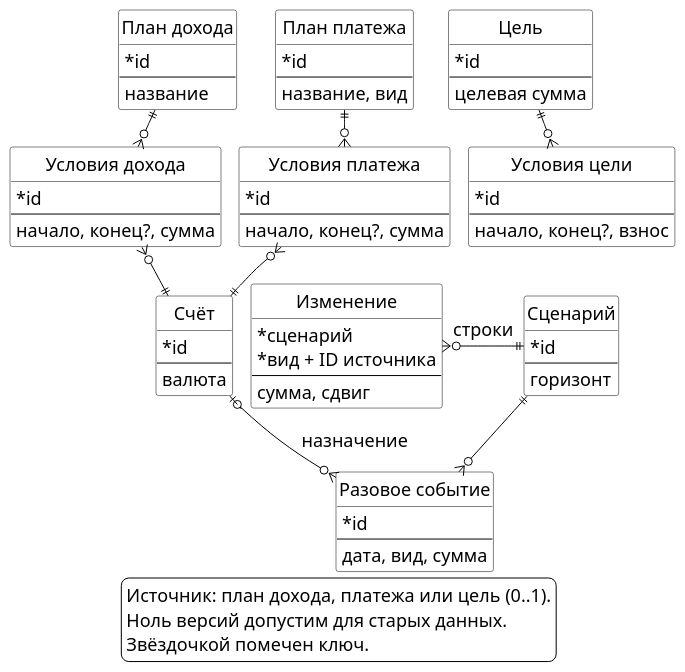
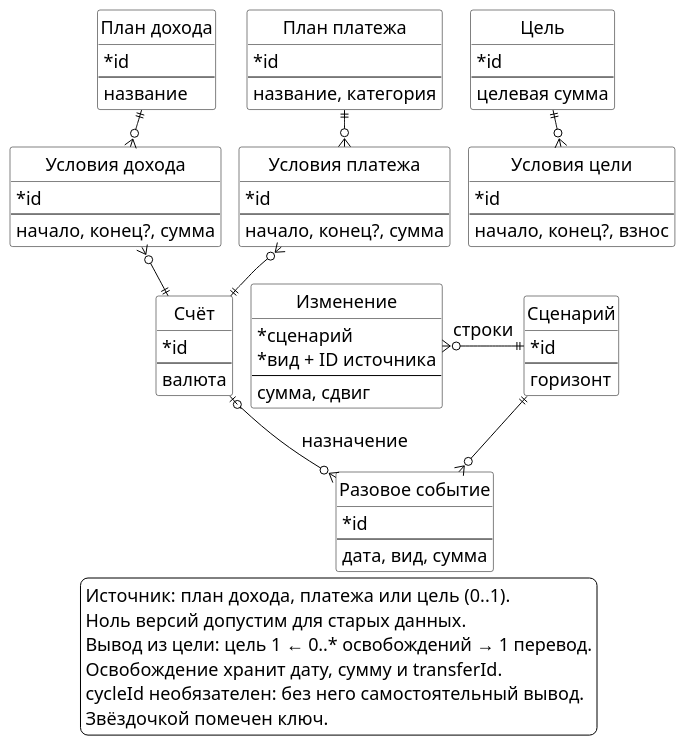
The diagram in output/thesis/figures/05-er-plans.puml (Tiroras/lad-finance), drawn with PlantUML before and after one commit. The commit also changed 32 other files, not shown here.

```diff
--- a/output/thesis/figures/05-er-plans.puml
+++ b/output/thesis/figures/05-er-plans.puml
@@ -1,92 +1,95 @@
 @startuml
 !pragma layout smetana
 skinparam backgroundColor white
 skinparam shadowing false
 skinparam defaultFontName Arial
 skinparam defaultFontSize 18
 skinparam classFontSize 19
 skinparam classAttributeFontSize 18
 skinparam ArrowFontSize 18
 skinparam legendFontSize 18
 skinparam classBackgroundColor white
 skinparam classBorderColor black
 skinparam ArrowColor black
 skinparam classAttributeIconSize 0
 skinparam nodesep 40
 skinparam ranksep 22
 hide circle
 
 entity "План дохода" as Income {
   * id
   --
   название
 }
 entity "План платежа" as Payment {
   * id
   --
-  название, вид
+  название, категория
 }
 entity "Цель" as Goal {
   * id
   --
   целевая сумма
 }
 entity "Условия дохода" as IncomeTerms {
   * id
   --
   начало, конец?, сумма
 }
 entity "Условия платежа" as PaymentTerms {
   * id
   --
   начало, конец?, сумма
 }
 entity "Условия цели" as GoalTerms {
   * id
   --
   начало, конец?, взнос
 }
 entity "Счёт" as Account {
   * id
   --
   валюта
 }
 entity "Изменение" as Change {
   * сценарий
   * вид + ID источника
   --
   сумма, сдвиг
 }
 entity "Сценарий" as Scenario {
   * id
   --
   горизонт
 }
 entity "Разовое событие" as Event {
   * id
   --
   дата, вид, сумма
 }
 
 Income -[hidden]right- Payment
 Payment -[hidden]right- Goal
 IncomeTerms -[hidden]right- PaymentTerms
 PaymentTerms -[hidden]right- GoalTerms
 Account -[hidden]right- Change
 Change -[hidden]right- Scenario
 Income ||-down-o{ IncomeTerms
 Payment ||-down-o{ PaymentTerms
 Goal ||-down-o{ GoalTerms
 Account ||-up-o{ IncomeTerms
 Account ||-up-o{ PaymentTerms
 Scenario ||--left--o{ Change : строки
 Scenario ||-down-o{ Event
 Account |o--o{ Event : назначение
 GoalTerms -[hidden]down- Scenario
 
 legend bottom
   Источник: план дохода, платежа или цель (0..1).
   Ноль версий допустим для старых данных.
+  Вывод из цели: цель 1 ← 0..* освобождений → 1 перевод.
+  Освобождение хранит дату, сумму и transferId.
+  cycleId необязателен: без него самостоятельный вывод.
   Звёздочкой помечен ключ.
 endlegend
 @enduml
```
